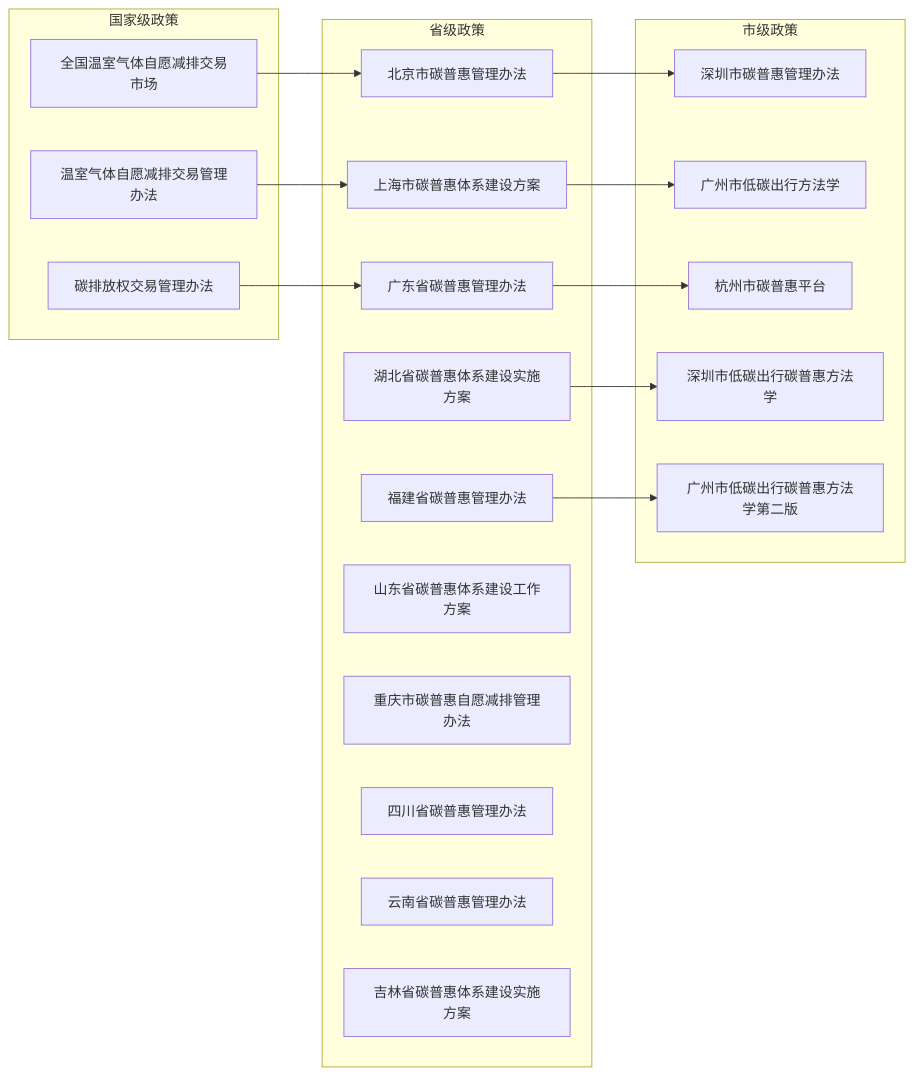
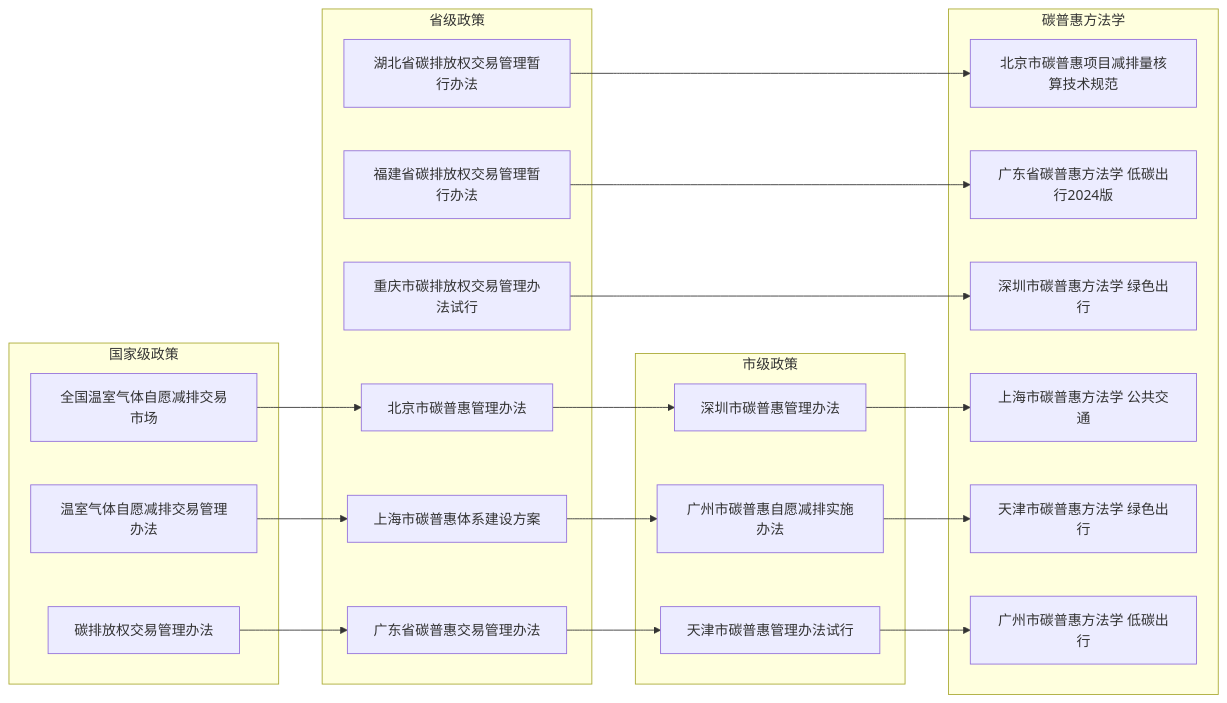
One commit to liangxuanliang-cmd/carbon-info-agent changed the fourth of 11 diagrams in .qoder/repowiki/zh/content/数据管理/政策数据管理/扩展的政策数据管理.md. Above: the diagram before and after it, drawn with Mermaid. The commit also changed other lines of this file and 5 other files, not shown here.

````diff
--- a/.qoder/repowiki/zh/content/数据管理/政策数据管理/扩展的政策数据管理.md
+++ b/.qoder/repowiki/zh/content/数据管理/政策数据管理/扩展的政策数据管理.md
@@ -200,35 +201,41 @@
 ```mermaid
 graph LR
 subgraph "国家级政策"
 Nat1[全国温室气体自愿减排交易市场]
 Nat2[温室气体自愿减排交易管理办法]
 Nat3[碳排放权交易管理办法]
 end
 subgraph "省级政策"
 Prov1[北京市碳普惠管理办法]
 Prov2[上海市碳普惠体系建设方案]
-Prov3[广东省碳普惠管理办法]
-Prov4[湖北省碳普惠体系建设实施方案]
-Prov5[福建省碳普惠管理办法]
-Prov6[山东省碳普惠体系建设工作方案]
-Prov7[重庆市碳普惠自愿减排管理办法]
-Prov8[四川省碳普惠管理办法]
-Prov9[云南省碳普惠管理办法]
-Prov10[吉林省碳普惠体系建设实施方案]
+Prov3[广东省碳普惠交易管理办法]
+Prov4[湖北省碳排放权交易管理暂行办法]
+Prov5[福建省碳排放权交易管理暂行办法]
+Prov6[重庆市碳排放权交易管理办法试行]
 end
 subgraph "市级政策"
 City1[深圳市碳普惠管理办法]
-City2[广州市低碳出行方法学]
-City3[杭州市碳普惠平台]
-City4[深圳市低碳出行碳普惠方法学]
-City5[广州市低碳出行碳普惠方法学第二版]
+City2[广州市碳普惠自愿减排实施办法]
+City3[天津市碳普惠管理办法试行]
+end
+subgraph "碳普惠方法学"
+Method1[北京市碳普惠项目减排量核算技术规范]
+Method2[广东省碳普惠方法学 低碳出行2024版]
+Method3[深圳市碳普惠方法学 绿色出行]
+Method4[上海市碳普惠方法学 公共交通]
+Method5[天津市碳普惠方法学 绿色出行]
+Method6[广州市碳普惠方法学 低碳出行]
 end
 Nat1 --> Prov1
 Nat2 --> Prov2
 Nat3 --> Prov3
 Prov1 --> City1
 Prov2 --> City2
 Prov3 --> City3
-Prov4 --> City4
-Prov5 --> City5
+Prov4 --> Method1
+Prov5 --> Method2
+Prov6 --> Method3
+City1 --> Method4
+City2 --> Method5
+City3 --> Method6
 ```
````
